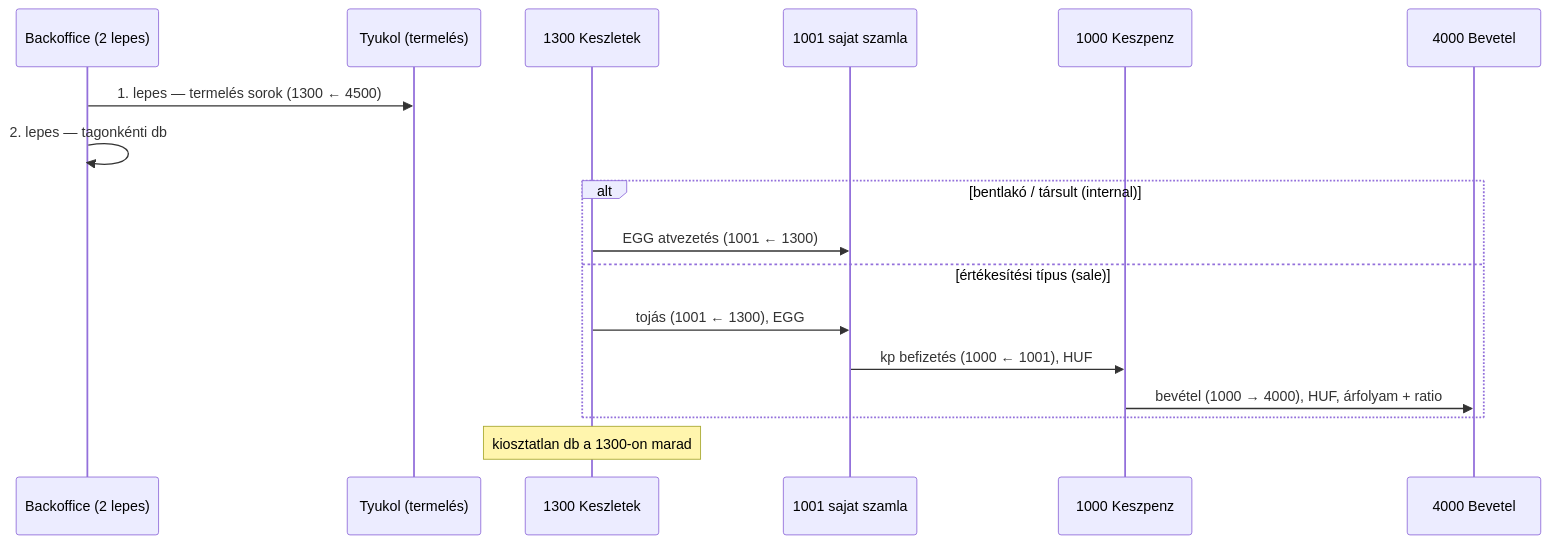
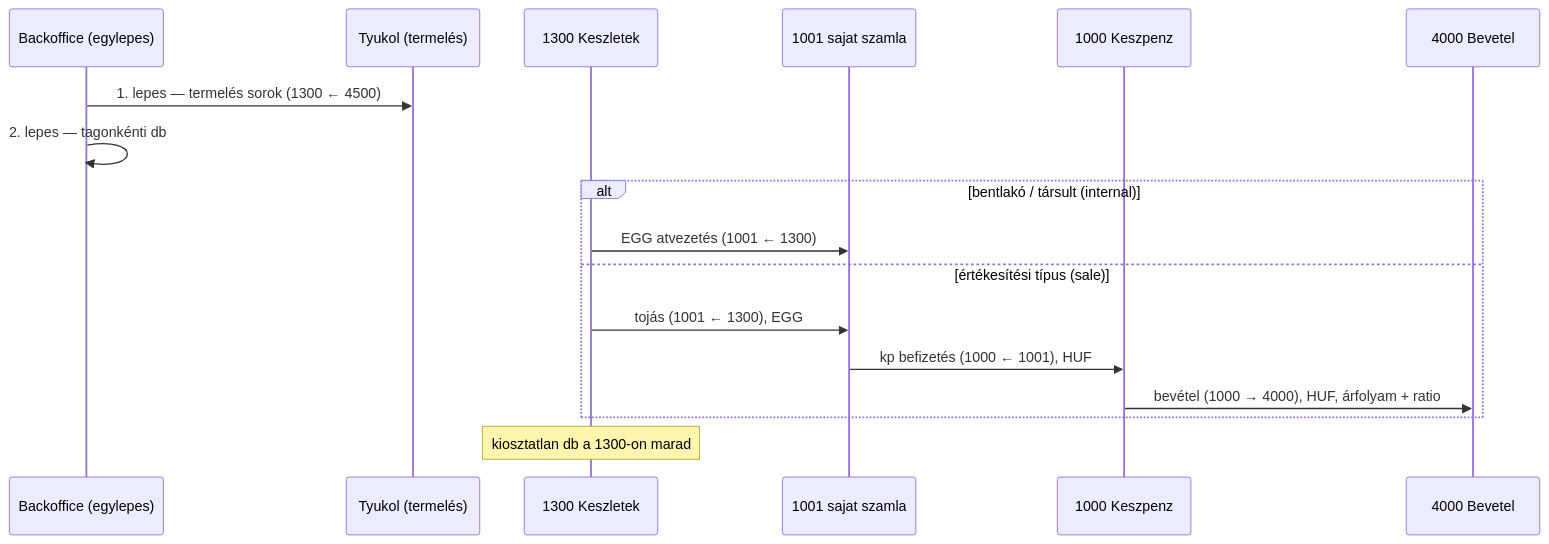
The seventh of 15 diagrams in docs/transaction-workflow.md (pitiboy/curr), drawn with Mermaid before and after one commit. The commit also changed other lines of this file and 44 other files, not shown here.

````diff
--- a/docs/transaction-workflow.md
+++ b/docs/transaction-workflow.md
@@ -359,20 +359,20 @@
 ```mermaid
 sequenceDiagram
-  participant BO as Backoffice (2 lepes)
+  participant BO as Backoffice (egylepes)
   participant Ol as Tyukol (termelés)
   participant Keszlet as 1300 Keszletek
   participant Tag as 1001 sajat szamla
   participant Penztar as 1000 Keszpenz
   participant Ert as 4000 Bevetel
 
   BO->>Ol: 1. lepes — termelés sorok (1300 ← 4500)
   BO->>BO: 2. lepes — tagonkénti db
   alt bentlakó / társult (internal)
     Keszlet->>Tag: EGG atvezetés (1001 ← 1300)
   else értékesítési típus (sale)
     Keszlet->>Tag: tojás (1001 ← 1300), EGG
     Tag->>Penztar: kp befizetés (1000 ← 1001), HUF
     Penztar->>Ert: bevétel (1000 → 4000), HUF, árfolyam + ratio
   end
   Note over Keszlet: kiosztatlan db a 1300-on marad
 ```
````
